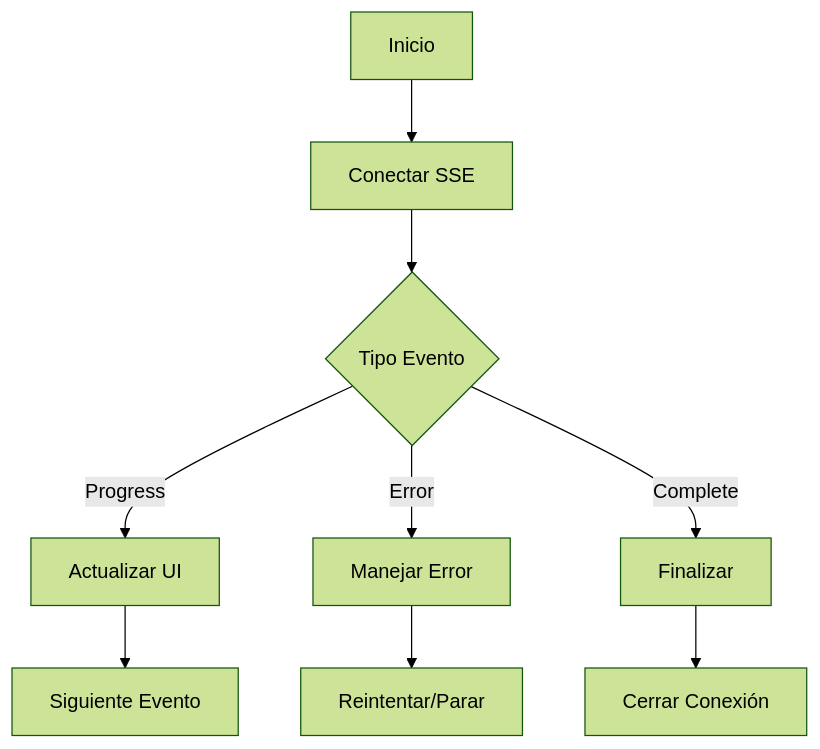
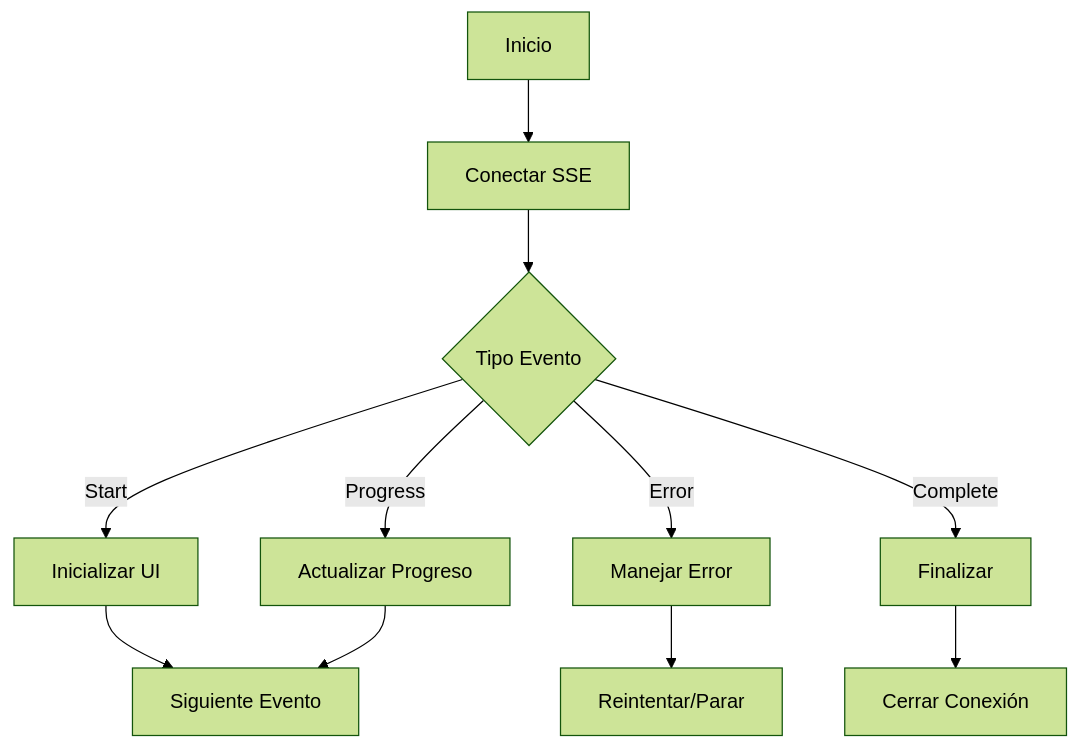
One commit to gvastethecreator/media-manager changed the third of 4 diagrams in docs/services/thumbnail-service.md. Above: the diagram before and after it, drawn with Mermaid (forest theme). The commit also changed other lines of this file and 8 other files, not shown here.

````diff
--- a/docs/services/thumbnail-service.md
+++ b/docs/services/thumbnail-service.md
@@ -185,11 +280,13 @@
 ```mermaid
 flowchart TD
-    A[Inicio] --> B[Conectar SSE]
-    B --> C{Tipo Evento}
-    C -->|Progress| D[Actualizar UI]
-    C -->|Error| E[Manejar Error]
-    C -->|Complete| F[Finalizar]
-    D --> G[Siguiente Evento]
-    E --> H[Reintentar/Parar]
-    F --> I[Cerrar Conexión]
+	A[Inicio] --> B[Conectar SSE]
+	B --> C{Tipo Evento}
+	C -->|Start| D[Inicializar UI]
+	C -->|Progress| E[Actualizar Progreso]
+	C -->|Error| F[Manejar Error]
+	C -->|Complete| G[Finalizar]
+	D --> H[Siguiente Evento]
+	E --> H
+	F --> I[Reintentar/Parar]
+	G --> J[Cerrar Conexión]
 ```
````
